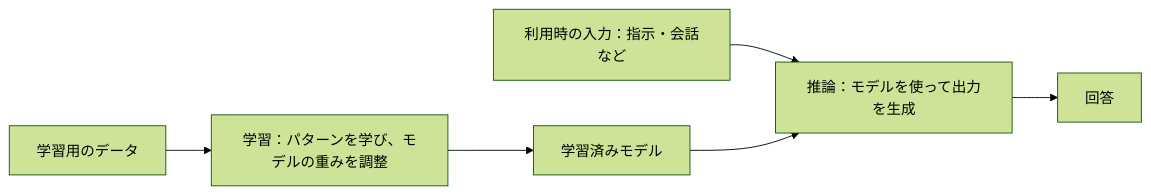
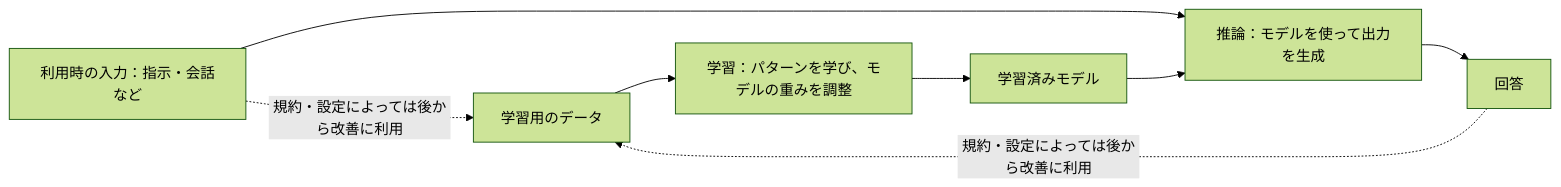
The first of 6 diagrams in 2026/3_ai_ethics/readme.md (Creative-Cucumbers/co-creation-with-genai), drawn with Mermaid (forest theme) before and after one commit. The commit also changed other lines of this file and 1 other file, not shown here.

````diff
--- a/2026/3_ai_ethics/readme.md
+++ b/2026/3_ai_ethics/readme.md
@@ -187,8 +195,10 @@
 ```mermaid
 flowchart LR
     D[学習用のデータ] --> T[学習：パターンを学び、モデルの重みを調整]
     T --> M[学習済みモデル]
     I[利用時の入力：指示・会話など] --> G[推論：モデルを使って出力を生成]
     M --> G
     G --> O[回答]
+    I -.->|規約・設定によっては後から改善に利用| D
+    O -.->|規約・設定によっては後から改善に利用| D
 ```
````
